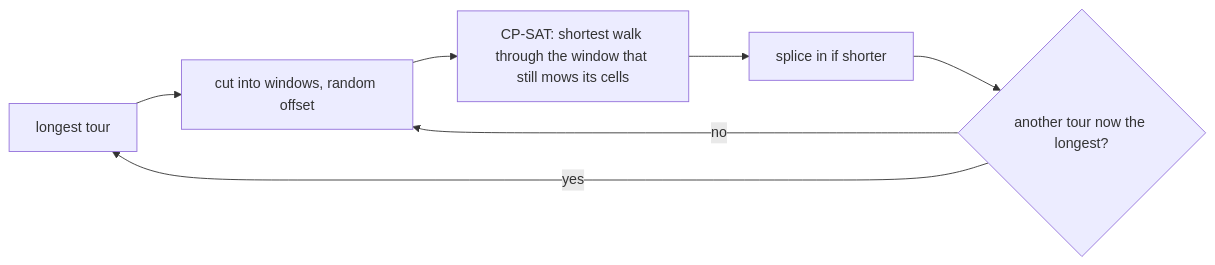
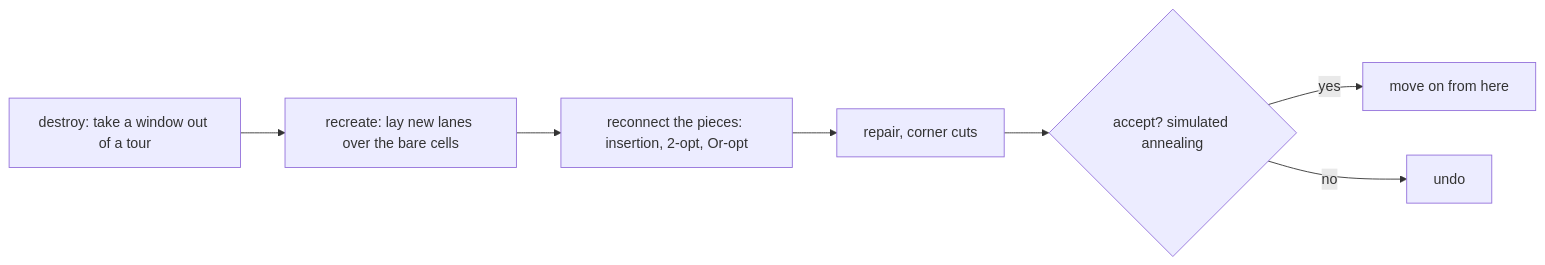
Before and after one commit to voltro33/CG-SHOP-2027: the sixth of 7 diagrams in docs/how-it-works.md, drawn with Mermaid. The commit also changed other lines of this file and 4 other files, not shown here.

````diff
--- a/docs/how-it-works.md
+++ b/docs/how-it-works.md
@@ -262,9 +322,9 @@
 ```mermaid
 flowchart LR
-    T[longest tour] --> W[cut into windows, random offset]
-    W --> M[CP-SAT: shortest walk through the window that still mows its cells]
-    M --> P[splice in if shorter]
-    P --> L{another tour now the longest?}
-    L -- yes --> T
-    L -- no --> W
+    D[destroy: take a window out of a tour] --> R[recreate: lay new lanes over the bare cells]
+    R --> C[reconnect the pieces: insertion, 2-opt, Or-opt]
+    C --> F[repair, corner cuts]
+    F --> A{accept? simulated annealing}
+    A -- yes --> W[move on from here]
+    A -- no --> U[undo]
 ```
````
